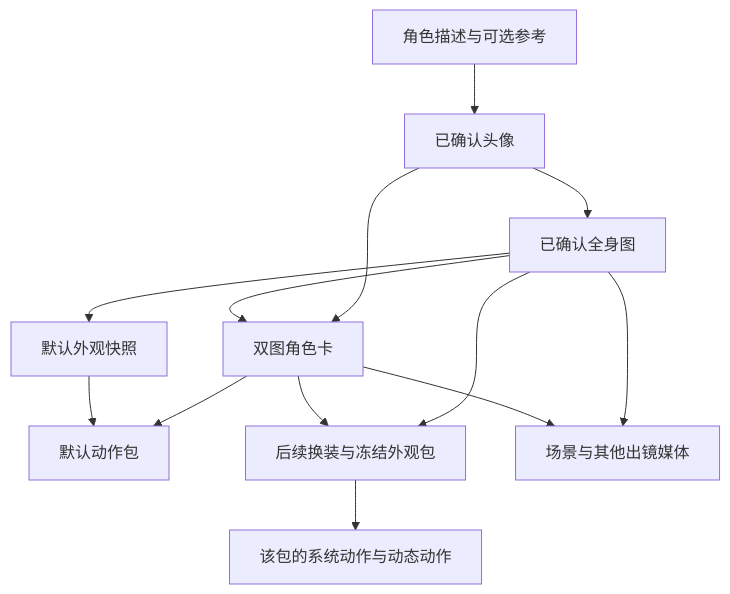
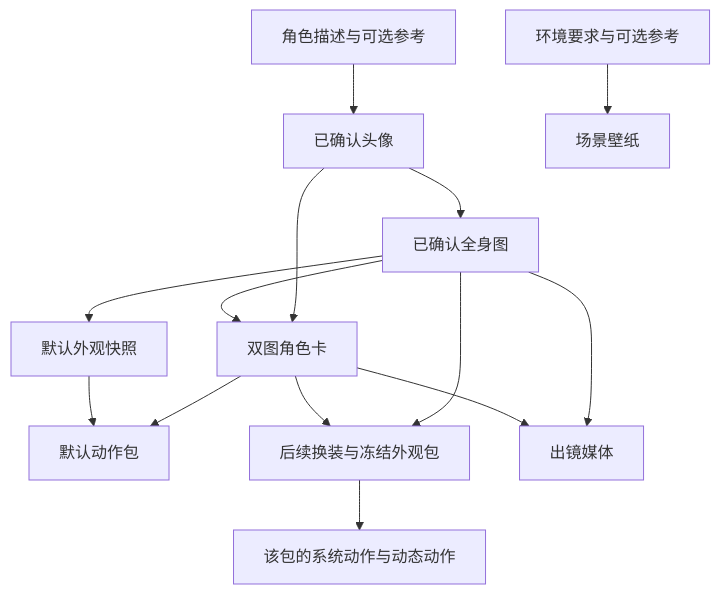
Before and after one commit to yangjinming1062/SpiritAgent: the first of 2 diagrams in docs/PIPELINE.md, drawn with Mermaid. The commit also changed other lines of this file and 57 other files, not shown here.

````diff
--- a/docs/PIPELINE.md
+++ b/docs/PIPELINE.md
@@ -7,15 +7,16 @@
 ```mermaid
 flowchart TD
     Input[角色描述与可选参考] --> Avatar[已确认头像]
     Avatar --> Full[已确认全身图]
     Avatar --> Card[双图角色卡]
     Full --> Card
     Full --> Default[默认外观快照]
     Card --> Video[默认动作包]
     Default --> Video
     Full --> Outfit[后续换装与冻结外观包]
     Card --> Outfit
     Outfit --> Action[该包的系统动作与动态动作]
-    Full --> Scene[场景与其他出镜媒体]
-    Card --> Scene
+    Full --> SelfMedia[出镜媒体]
+    Card --> SelfMedia
+    Environment[环境要求与可选参考] --> Scene[场景壁纸]
 ```
````
